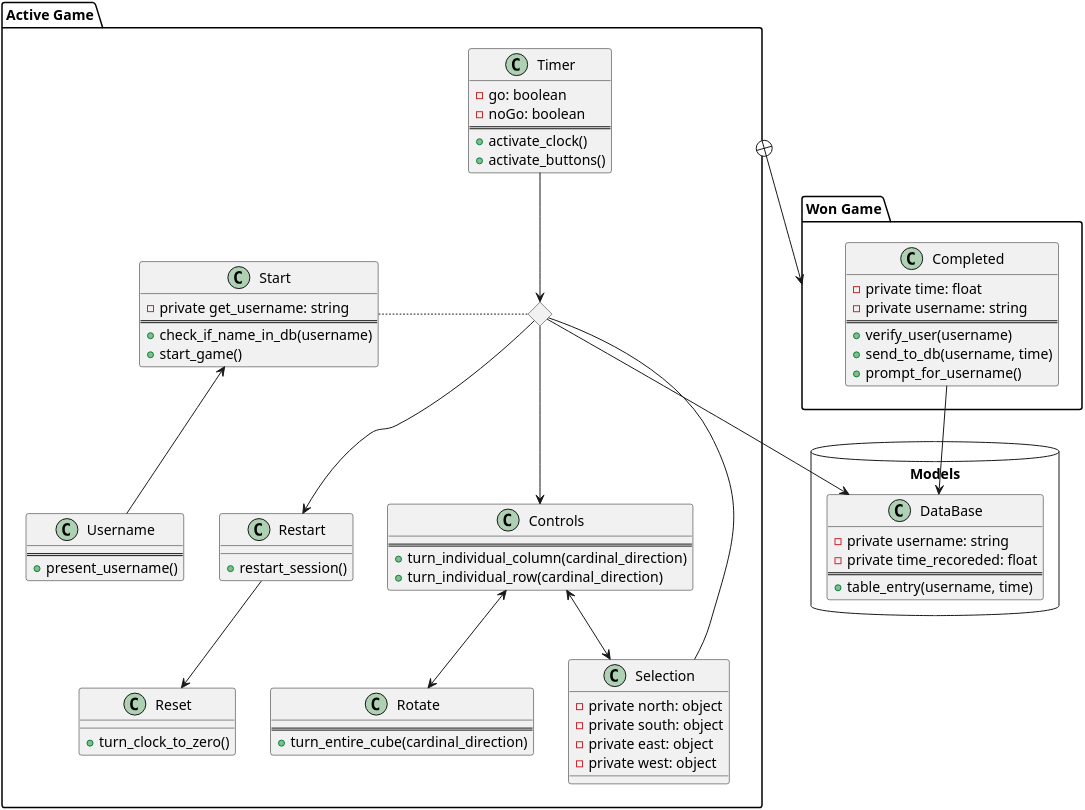
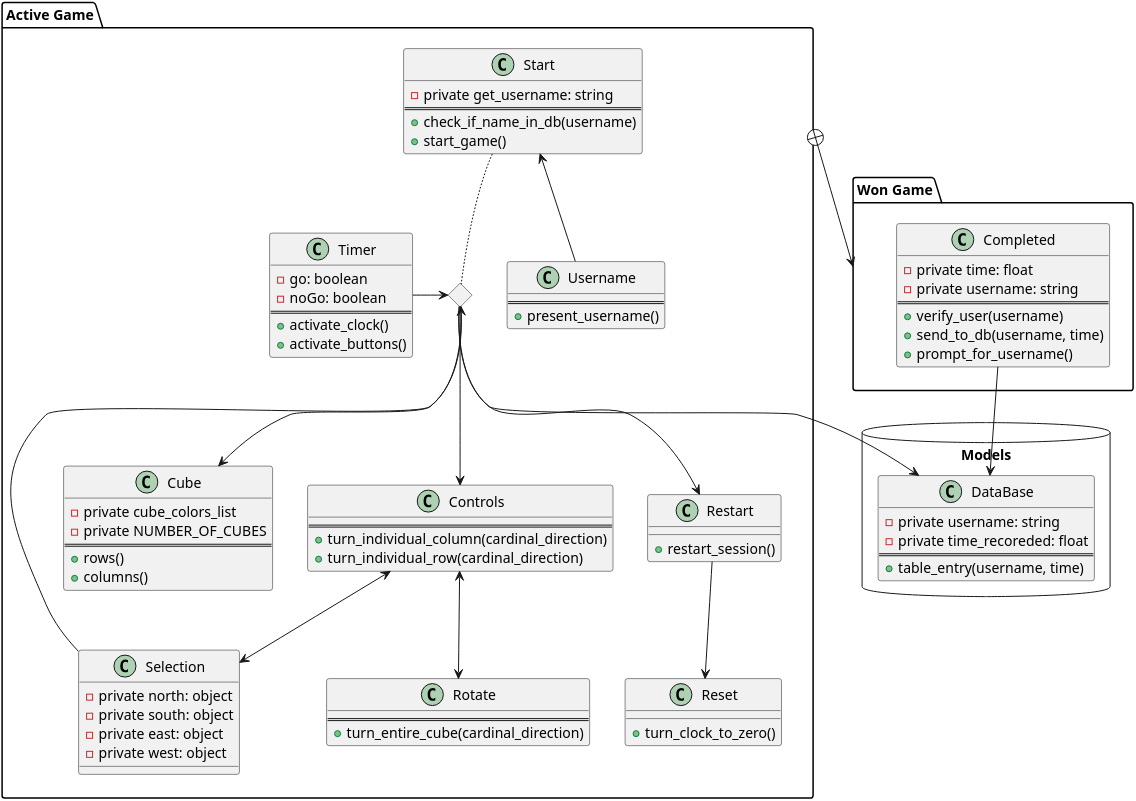
One commit to djhunter67/Softeare-Engineering-Rubiks-Cube changed the third of 5 diagrams in rubiks_des.org. Above: the diagram before and after it, drawn with PlantUML. The commit also changed other lines of this file and 10 other files, not shown here.

```diff
--- a/rubiks_des.org
+++ b/rubiks_des.org
@@ -137,6 +137,13 @@
          scale 600
 
          package "Active Game" as AG {
+            class Cube {
+                -private cube_colors_list
+                -private NUMBER_OF_CUBES
+   ==
+                 +rows()
+                     +columns()
+            }
             class Start {
             -private get_username: string	 
             ==
@@ -144,7 +151,7 @@
             +start_game()	
             }
             class Username {
-	        ==
+                ==
             +present_username()
             }  
             class Restart {
@@ -200,15 +207,16 @@
                    +prompt_for_username()
             }
           }
-           Start . diamond
+           Start .d. diamond
            diamond - Selection
            diamond --> DataBase
            diamond --> Controls
                diamond --> Restart
+	     diamond <--> Cube
            Controls <--> Rotate
          Controls <-->Selection
            Restart --> Reset
-             Timer --> diamond
+             Timer --r--> diamond
          Start <-- Username
          AG +--> WG
       Completed  --> DataBase
```
